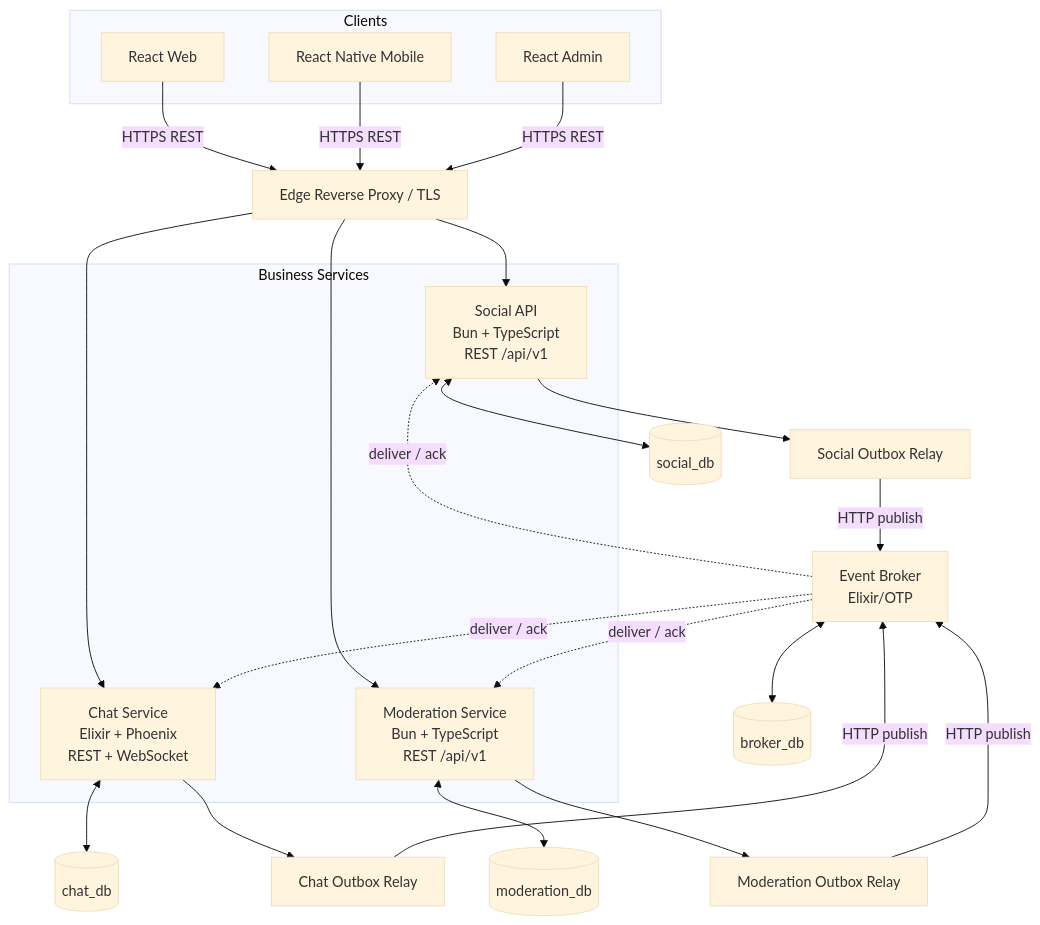
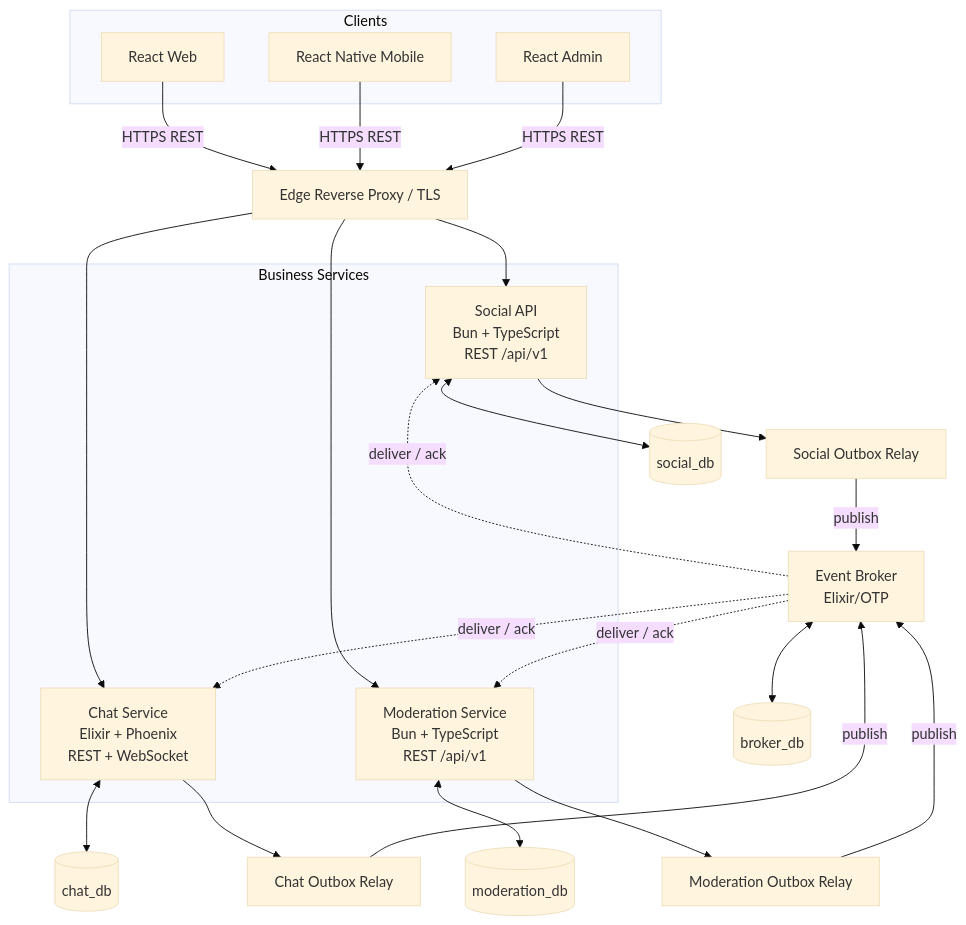
One commit to DevHustlers-Community/ASN changed the first of 4 diagrams in docs/architecture/architecture-and-schema.md. Above: the diagram before and after it, drawn with Mermaid (base theme). The commit also changed other lines of this file and 66 other files, not shown here.

First line of the commit message:
feat(services): scaffold Chat and Event broker with PostgreSQL baseline

````diff
--- a/docs/architecture/architecture-and-schema.md
+++ b/docs/architecture/architecture-and-schema.md
@@ -74,40 +76,40 @@
 ```mermaid
 flowchart TB
   subgraph Clients[Clients]
     WEB[React Web]
     MOB[React Native Mobile]
     ADMIN[React Admin]
   end
 
   EDGE[Edge Reverse Proxy / TLS]
   WEB -->|HTTPS REST| EDGE
   MOB -->|HTTPS REST| EDGE
   ADMIN -->|HTTPS REST| EDGE
 
   subgraph Services[Business Services]
     SOCIAL["Social API<br/>Bun + TypeScript<br/>REST /api/v1"]
     CHAT["Chat Service<br/>Elixir + Phoenix<br/>REST + WebSocket"]
     MOD["Moderation Service<br/>Bun + TypeScript<br/>REST /api/v1"]
   end
 
   EDGE --> SOCIAL
   EDGE --> CHAT
   EDGE --> MOD
 
   SOCIAL <--> SDB[(social_db)]
   CHAT <--> CDB[(chat_db)]
   MOD <--> MDB[(moderation_db)]
 
   SOCIAL --> SO[Social Outbox Relay]
   CHAT --> CO[Chat Outbox Relay]
   MOD --> MO[Moderation Outbox Relay]
 
-  SO -->|HTTP publish| BROKER["Event Broker<br/>Elixir/OTP"]
-  CO -->|HTTP publish| BROKER
-  MO -->|HTTP publish| BROKER
+  SO -->|publish| BROKER["Event Broker<br/>Elixir/OTP"]
+  CO -->|publish| BROKER
+  MO -->|publish| BROKER
   BROKER <--> BDB[(broker_db)]
 
   BROKER -. deliver / ack .-> SOCIAL
   BROKER -. deliver / ack .-> CHAT
   BROKER -. deliver / ack .-> MOD
 ```
````
